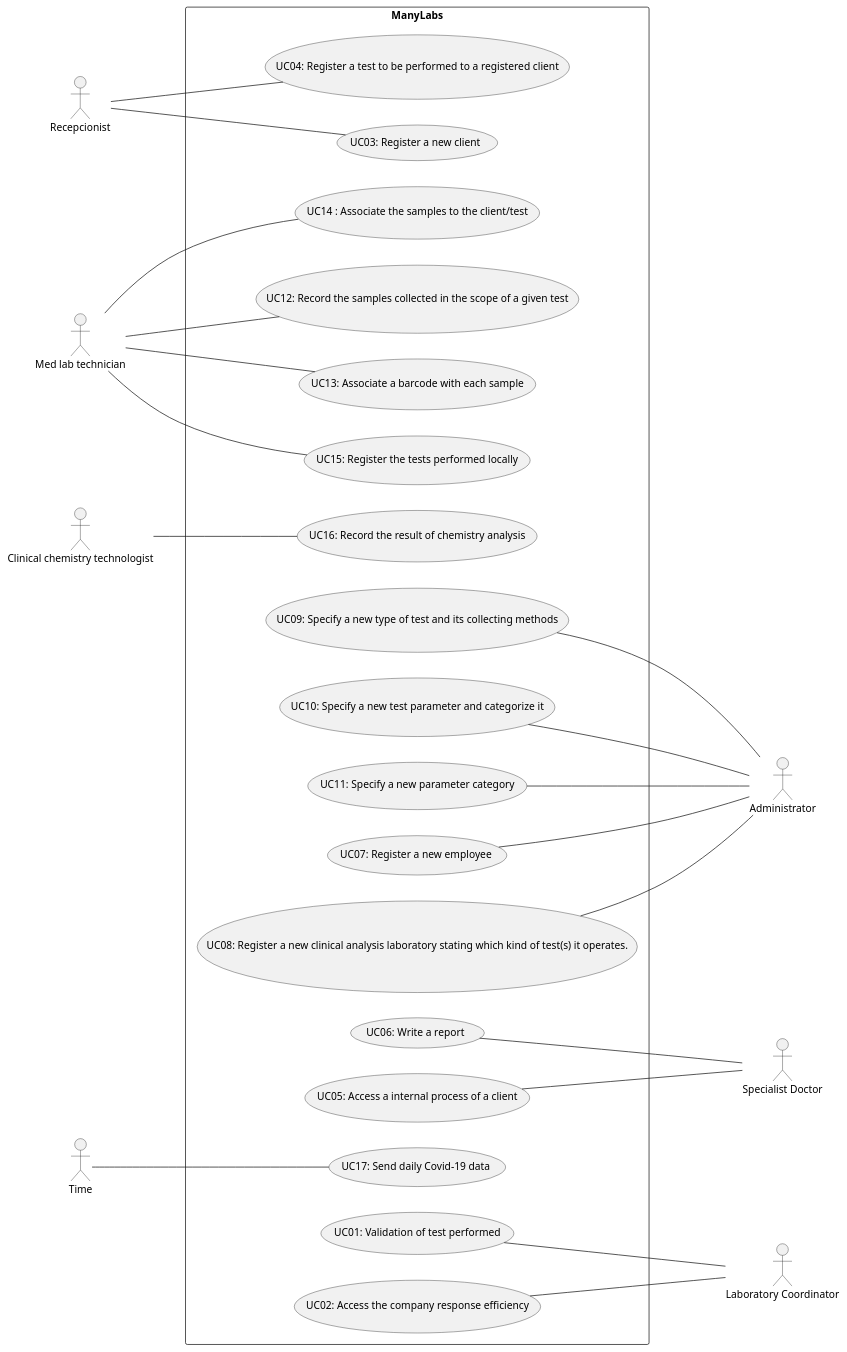
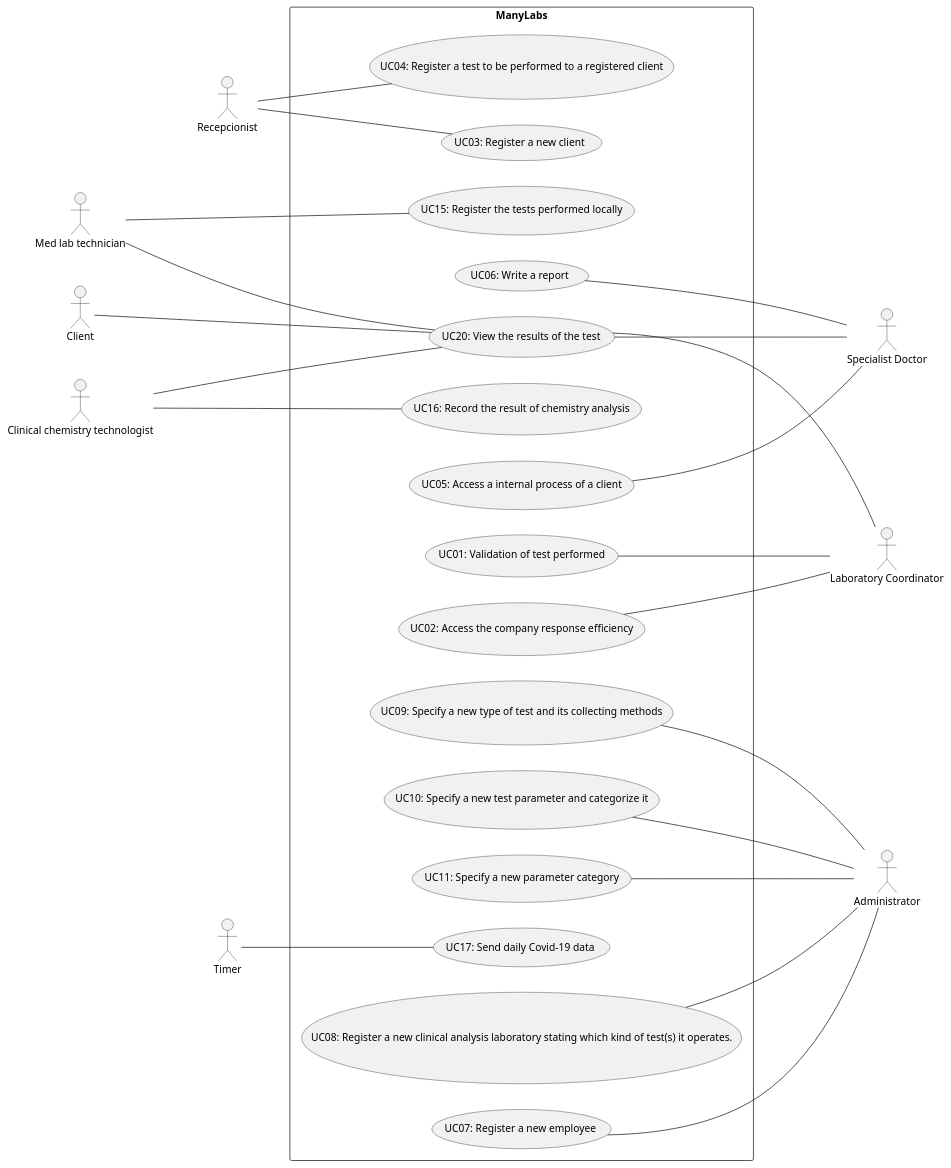
The diagram in docs/SprintB/SprintA/UCD.puml (manu-07-ela/LAPR2_ISEP), drawn with PlantUML before and after one commit. The commit also changed 2 other files, not shown here.

```diff
--- a/docs/SprintB/SprintA/UCD.puml
+++ b/docs/SprintB/SprintA/UCD.puml
@@ -1,59 +1,60 @@
 @startuml
 'https://plantuml.com/use-case-diagram
 left to right direction
 actor "Administrator" as Adm
 actor "Recepcionist" as Recp
 actor "Med lab technician" as MedLab
 actor "Clinical chemistry technologist" as ClinTec
 actor "Specialist Doctor" as Doc
 actor "Laboratory Coordinator" as LabCod
-actor "Time" as Time
+actor "Timer" as Timer
+actor "Client" as Client
 
 
 rectangle ManyLabs{
 
 usecase "UC03: Register a new client" as UC03
+usecase "UC20: View the results of the test" as UC20
 usecase "UC04: Register a test to be performed to a registered client" as UC04
-usecase "UC12: Record the samples collected in the scope of a given test" as UC12
-usecase "UC13: Associate a barcode with each sample" as UC13
 usecase "UC15: Register the tests performed locally" as UC15
 usecase "UC16: Record the result of chemistry analysis" as UC16
-usecase "UC14 : Associate the samples to the client/test" as UC14
 usecase "UC09: Specify a new type of test and its collecting methods" as UC09
 usecase "UC10: Specify a new test parameter and categorize it" as UC10
 usecase "UC11: Specify a new parameter category" as UC11
 usecase "UC06: Write a report" as UC06
 usecase "UC01: Validation of test performed" as UC01
 usecase "UC02: Access the company response efficiency" as UC02
 usecase "UC05: Access a internal process of a client" as UC05
 usecase "UC17: Send daily Covid-19 data" as UC17
 usecase "UC07: Register a new employee" as UC07
 usecase "UC08: Register a new clinical analysis laboratory stating which kind of test(s) it operates." as UC08
 
 }
 
 Recp -- UC03
 Recp -- UC04
-MedLab -- UC12
-MedLab -- UC13
+Client --- UC20
 MedLab -- UC15
-MedLab -- UC14
+MedLab --- UC20
+ClinTec --- UC20
 ClinTec -- UC16
 UC07 --- Adm
 UC08 --- Adm
 UC09 --- Adm
 UC11 --- Adm
 UC10 --- Adm
 UC05 --- Doc
 UC06 --- Doc
+UC20 --- Doc
 UC01 --- LabCod
 UC02 --- LabCod
-Time -- UC17
+UC20 -- LabCod
+Timer -- UC17
 
 
 
 
 
 
 
 @enduml
```
